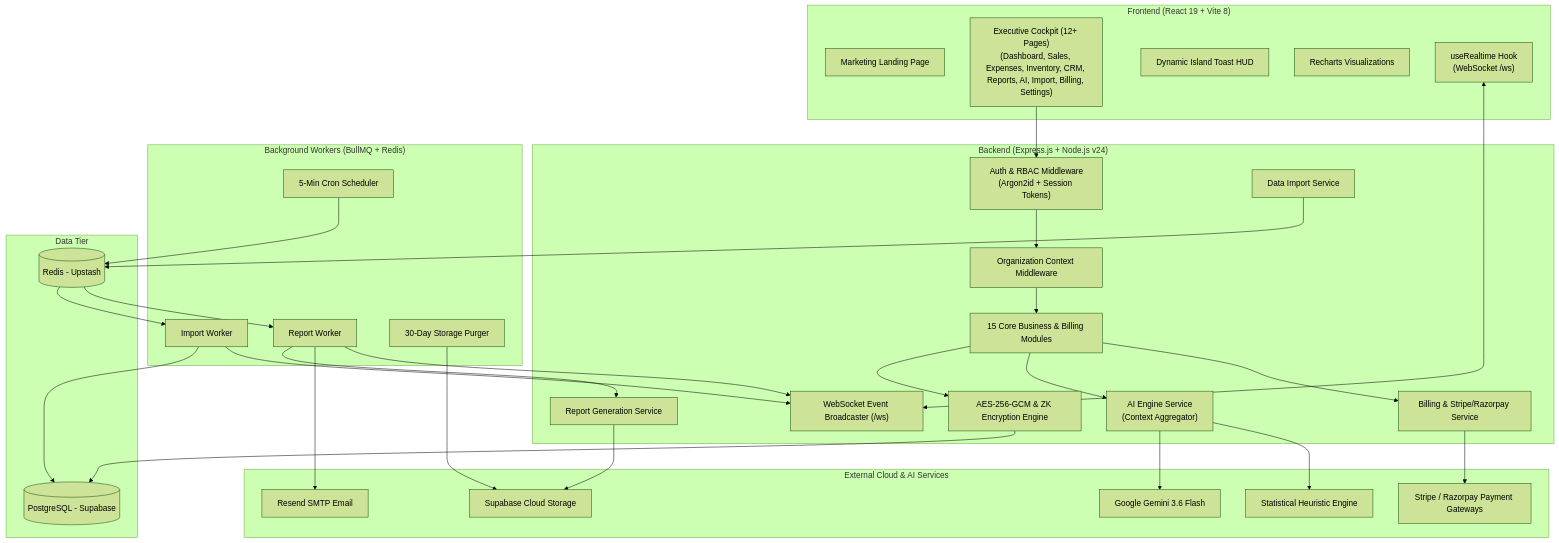
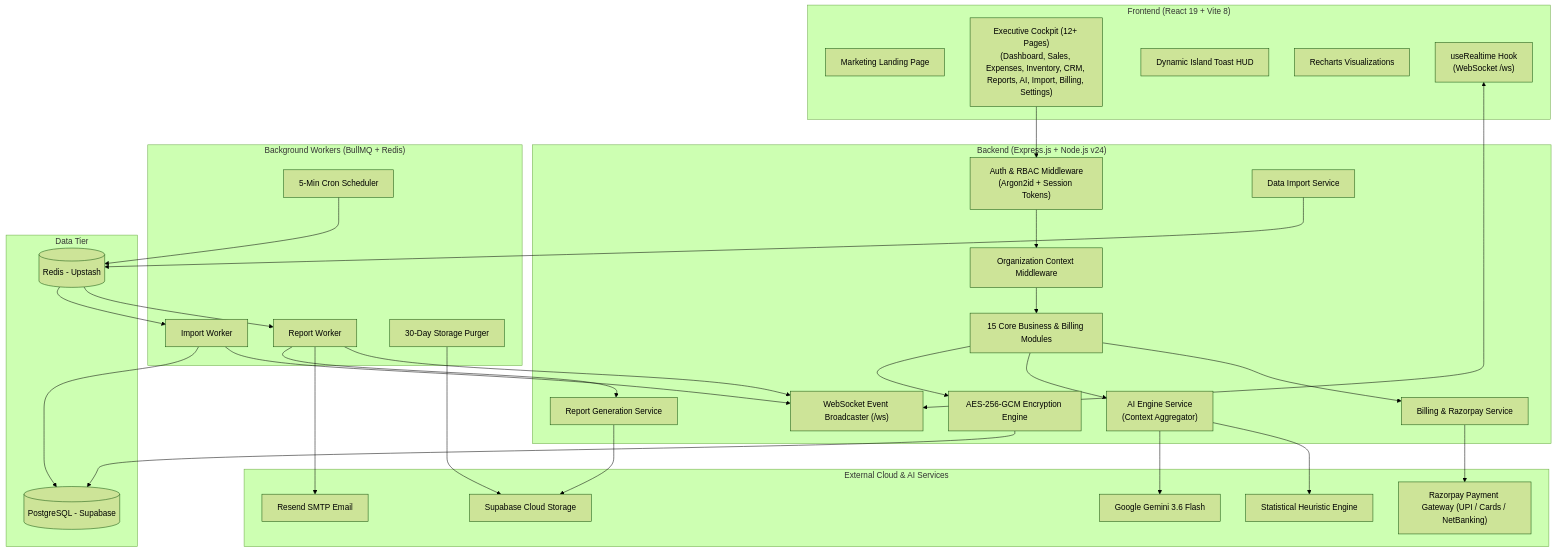
Before and after one commit to souvikx18/DecisionOS: the diagram in README.MD, drawn with Mermaid (forest theme). The commit also changed other lines of this file and 18 other files, not shown here.

Commit message:
feat(billing): complete Razorpay payment integration

````diff
--- a/README.MD
+++ b/README.MD
@@ -143,57 +143,57 @@
 ```mermaid
 flowchart TD
     subgraph Client["Frontend (React 19 + Vite 8)"]
         Landing["Marketing Landing Page"]
         UI["Executive Cockpit (12+ Pages)\n(Dashboard, Sales, Expenses, Inventory, CRM, Reports, AI, Import, Billing, Settings)"]
         Toast["Dynamic Island Toast HUD"]
         Charts["Recharts Visualizations"]
         RealtimeHook["useRealtime Hook\n(WebSocket /ws)"]
     end
 
     subgraph API["Backend (Express.js + Node.js v24)"]
         Auth["Auth & RBAC Middleware\n(Argon2id + Session Tokens)"]
         Tenant["Organization Context Middleware"]
-        Crypto["AES-256-GCM & ZK Encryption Engine"]
+        Crypto["AES-256-GCM Encryption Engine"]
         Modules["15 Core Business & Billing Modules"]
         AIEngine["AI Engine Service\n(Context Aggregator)"]
         ImportSvc["Data Import Service"]
         ReportSvc["Report Generation Service"]
-        BillingSvc["Billing & Stripe/Razorpay Service"]
+        BillingSvc["Billing & Razorpay Service"]
         WSHandler["WebSocket Event Broadcaster (/ws)"]
     end
 
     subgraph Workers["Background Workers (BullMQ + Redis)"]
         ImportWorker["Import Worker"]
         ReportWorker["Report Worker"]
         ReportScheduler["5-Min Cron Scheduler"]
         Purger["30-Day Storage Purger"]
     end
 
     subgraph External["External Cloud & AI Services"]
         Gemini["Google Gemini 3.6 Flash"]
         Fallback["Statistical Heuristic Engine"]
-        StripeGateway["Stripe / Razorpay Payment Gateways"]
+        RazorpayGateway["Razorpay Payment Gateway (UPI / Cards / NetBanking)"]
         Storage["Supabase Cloud Storage"]
         Email["Resend SMTP Email"]
     end
 
     subgraph Infra["Data Tier"]
         PG[("PostgreSQL - Supabase")]
         Redis[("Redis - Upstash")]
     end
 
     UI --> Auth --> Tenant --> Modules
     RealtimeHook <--> WSHandler
     Modules --> Crypto --> PG
     Modules --> AIEngine
     AIEngine --> Gemini
     AIEngine --> Fallback
-    Modules --> BillingSvc --> StripeGateway
+    Modules --> BillingSvc --> RazorpayGateway
     ImportSvc --> Redis --> ImportWorker --> PG
     ImportWorker --> WSHandler
     ReportSvc --> Storage
     ReportScheduler --> Redis --> ReportWorker --> ReportSvc
     ReportWorker --> Email
     ReportWorker --> WSHandler
     Purger --> Storage
 ```
````
